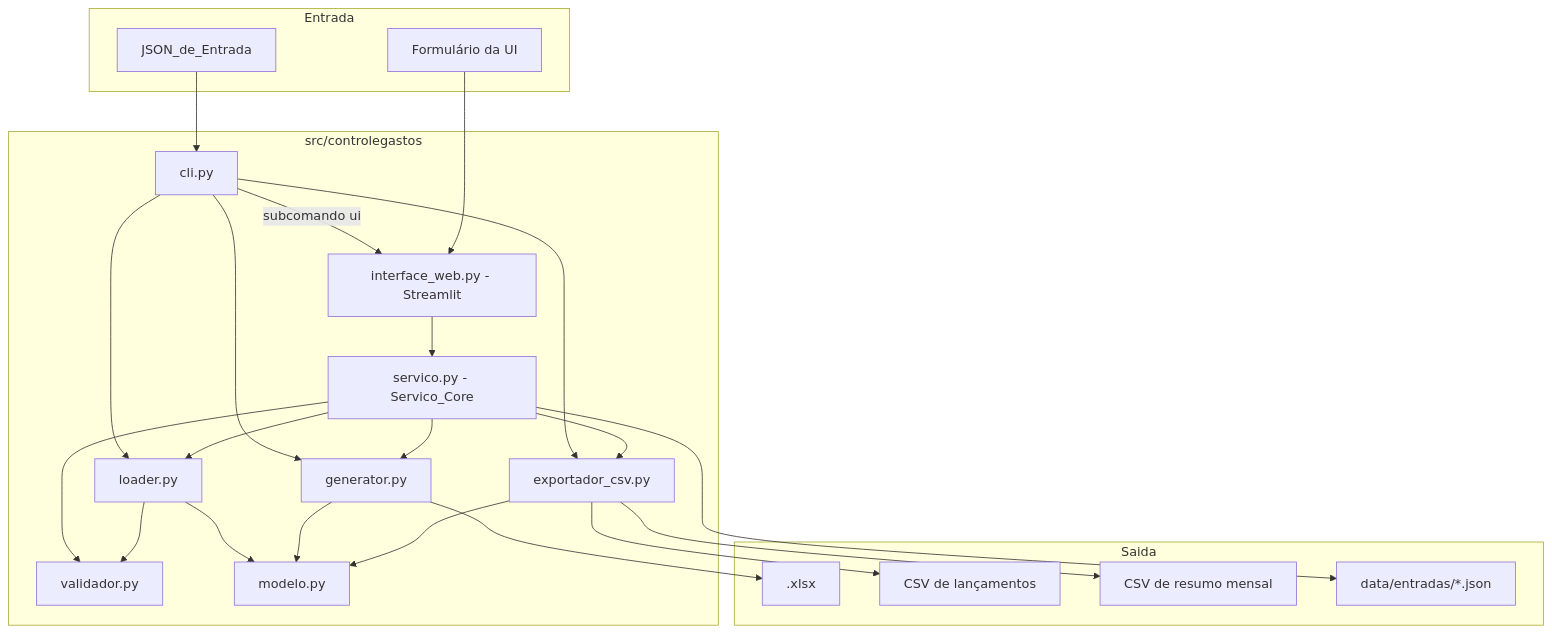
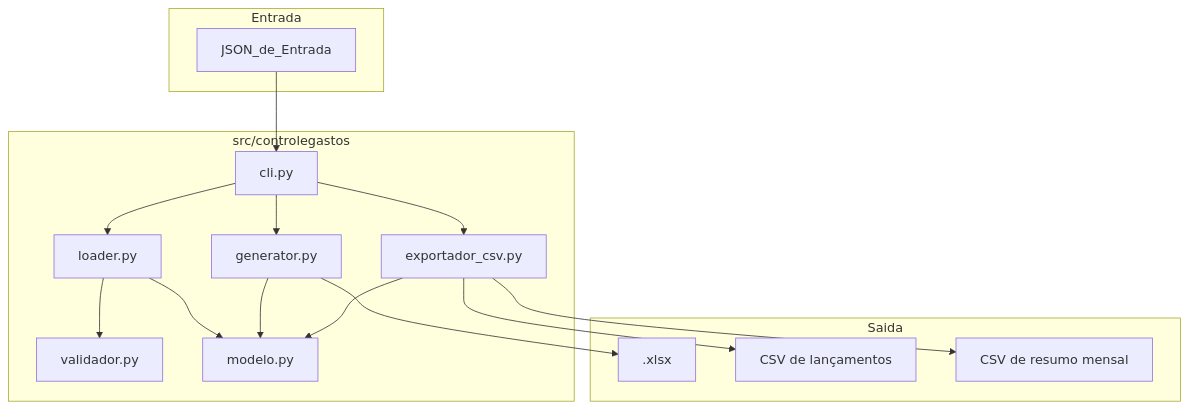
The first of 3 diagrams in .kiro/specs/controlegastos-agentes-ia/design.md (DanielRond/controleGastos), drawn with Mermaid before and after one commit. The commit also changed other lines of this file and 2 other files, not shown here.

Commit message:
docs(spec): remove interface web e etapas de ambiente concluídas do spec

````diff
--- a/.kiro/specs/controlegastos-agentes-ia/design.md
+++ b/.kiro/specs/controlegastos-agentes-ia/design.md
@@ -28,45 +26,33 @@
 ```mermaid
 flowchart TD
     subgraph Entrada
         JSON[JSON_de_Entrada]
-        FORM[Formulário da UI]
     end
 
     subgraph Pacote["src/controlegastos"]
         CLI[cli.py]
-        UI[interface_web.py - Streamlit]
-        SVC[servico.py - Servico_Core]
         LDR[loader.py]
         VAL[validador.py]
         MOD[modelo.py]
         GEN[generator.py]
         CSV[exportador_csv.py]
     end
 
     subgraph Saida
         XLSX[.xlsx]
         CSV1[CSV de lançamentos]
         CSV2[CSV de resumo mensal]
-        SAVED[data/entradas/*.json]
     end
 
     JSON --> CLI
     CLI --> LDR
     CLI --> GEN
     CLI --> CSV
-    CLI -->|subcomando ui| UI
-    FORM --> UI
-    UI --> SVC
-    SVC --> LDR
-    SVC --> VAL
-    SVC --> GEN
-    SVC --> CSV
     LDR --> VAL
     LDR --> MOD
     GEN --> MOD
     CSV --> MOD
     GEN --> XLSX
     CSV --> CSV1
     CSV --> CSV2
-    SVC --> SAVED
 ```
````
